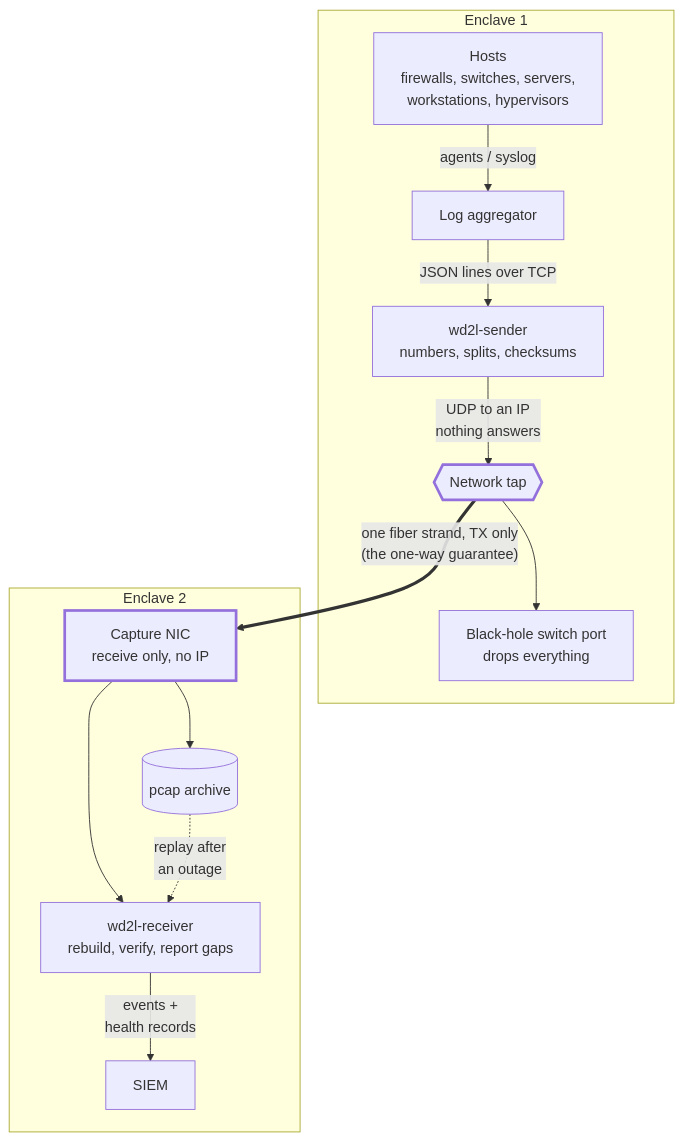
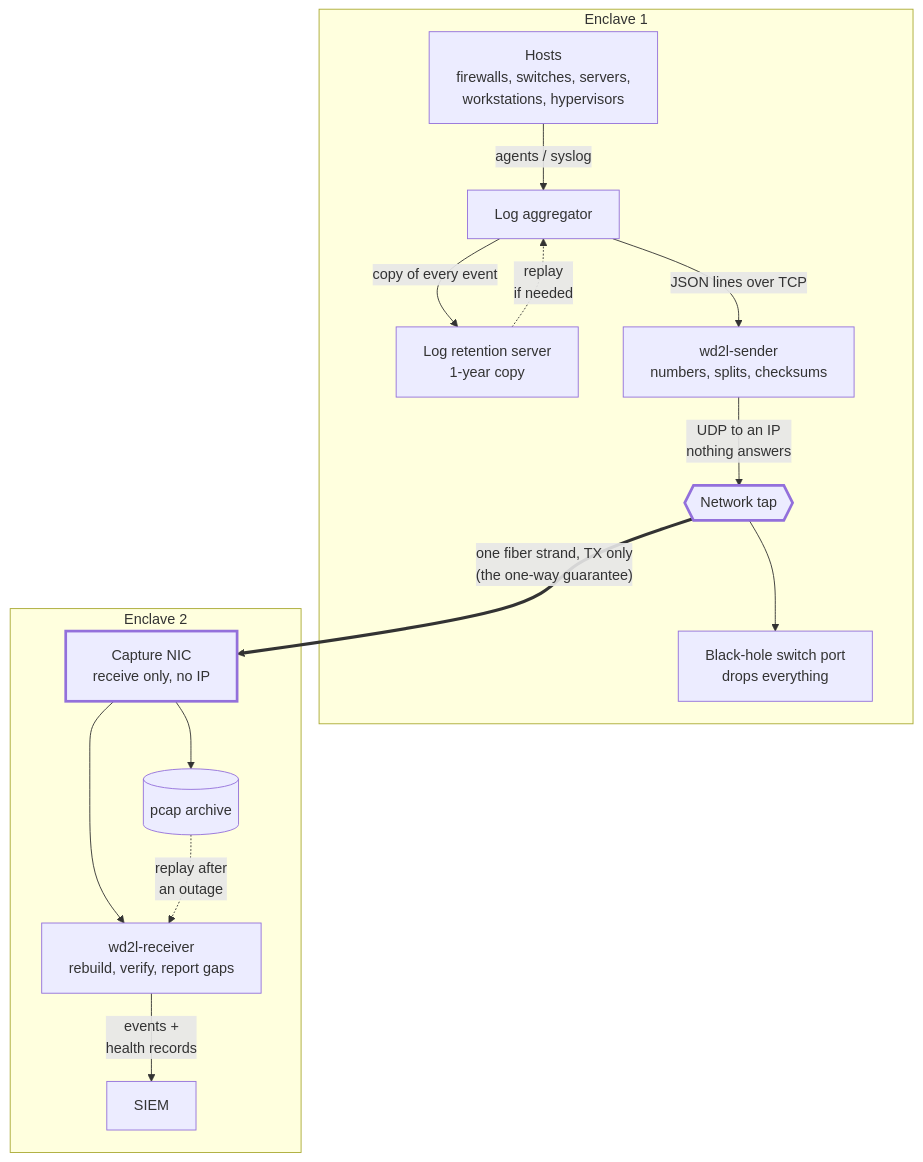
The diagram in README.md (JoeHazurmoney/architecture-wiredata-to-log), drawn with Mermaid before and after one commit. The commit also changed other lines of this file and 17 other files, not shown here.

First line of the commit message:
Interleaved multi-file rebuild, and a log retention server in Enclave 1 (#4)

````diff
--- a/README.md
+++ b/README.md
@@ -6,30 +6,33 @@
 ```mermaid
 flowchart TB
   subgraph E1["Enclave 1"]
     H["Hosts<br/>firewalls, switches, servers,<br/>workstations, hypervisors"]
     A["Log aggregator"]
+    RS["Log retention server<br/>1-year copy"]
     S["wd2l-sender<br/>numbers, splits, checksums"]
     T{{"Network tap"}}
     B["Black-hole switch port<br/>drops everything"]
     H -- "agents / syslog" --> A
+    A -- "copy of every event" --> RS
+    RS -. "replay<br/>if needed" .-> A
     A -- "JSON lines over TCP" --> S
     S -- "UDP to an IP<br/>nothing answers" --> T
     T --> B
   end
 
   subgraph E2["Enclave 2"]
     N["Capture NIC<br/>receive only, no IP"]
     R["wd2l-receiver<br/>rebuild, verify, report gaps"]
     P[("pcap archive")]
     SIEM["SIEM"]
     N --> R
     N --> P
     P -. "replay after<br/>an outage" .-> R
     R -- "events +<br/>health records" --> SIEM
   end
 
   T == "one fiber strand, TX only<br/>(the one-way guarantee)" ==> N
 
   classDef oneway stroke-width:3px
   class T,N oneway
 ```
````
